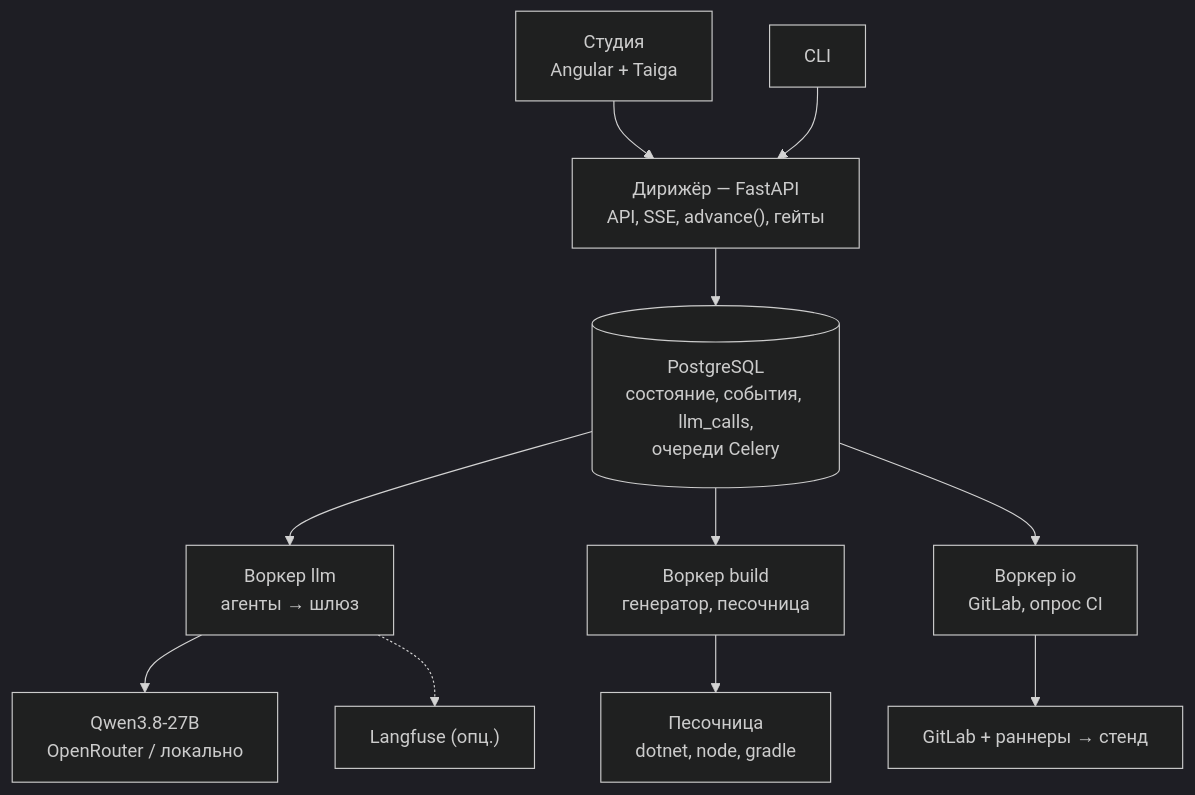
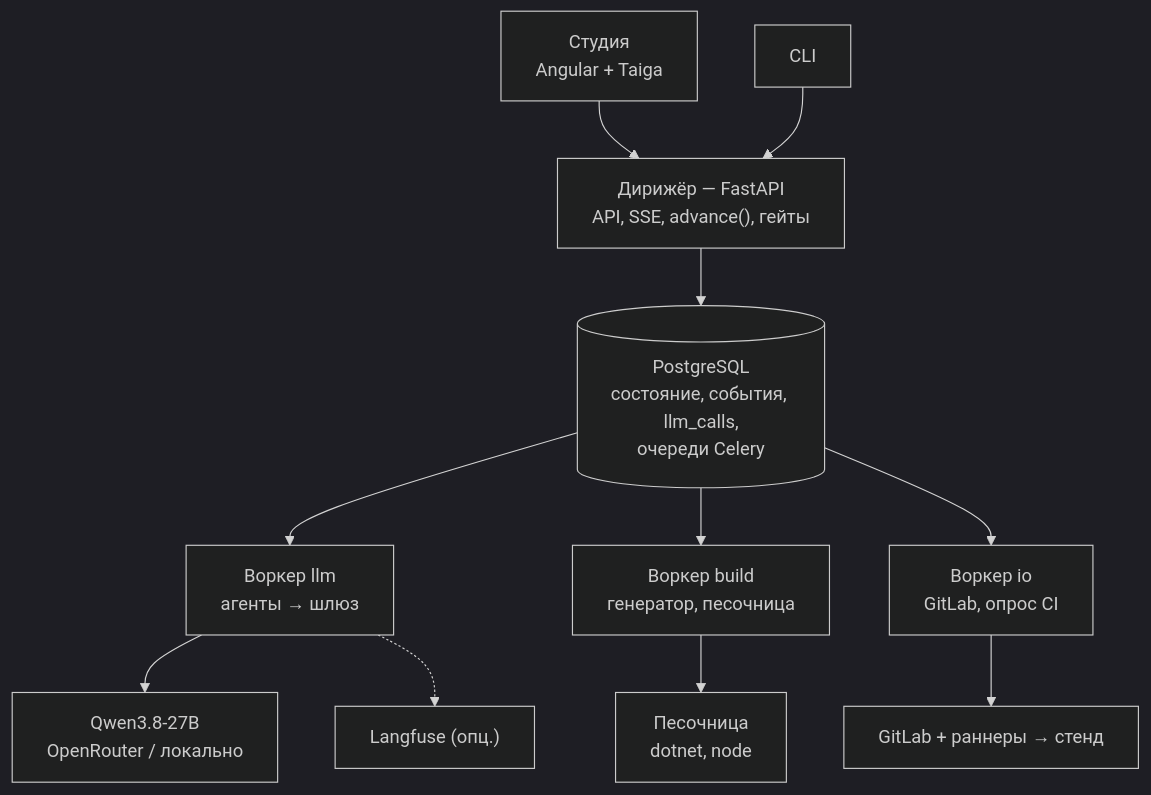
One commit to a-romash/rwb-ai-hack changed the first of 2 diagrams in docs/architecture-v2.md. Above: the diagram before and after it, drawn with Mermaid (dark theme). The commit also changed other lines of this file, not shown here.

````diff
--- a/docs/architecture-v2.md
+++ b/docs/architecture-v2.md
@@ -14,14 +14,14 @@
 ```mermaid
 flowchart TB
   studio["Студия<br/>Angular + Taiga"] --> api
   cli["CLI"] --> api
   api["Дирижёр — FastAPI<br/>API, SSE, advance(), гейты"]
   api --> pg[("PostgreSQL<br/>состояние, события, llm_calls,<br/>очереди Celery")]
   pg --> wllm["Воркер llm<br/>агенты → шлюз"]
   pg --> wbuild["Воркер build<br/>генератор, песочница"]
   pg --> wio["Воркер io<br/>GitLab, опрос CI"]
   wllm --> qwen["Qwen3.8-27B<br/>OpenRouter / локально"]
   wllm -.-> lf["Langfuse (опц.)"]
-  wbuild --> sandbox["Песочница<br/>dotnet, node, gradle"]
+  wbuild --> sandbox["Песочница<br/>dotnet, node"]
   wio --> gitlab["GitLab + раннеры → стенд"]
 ```
````
